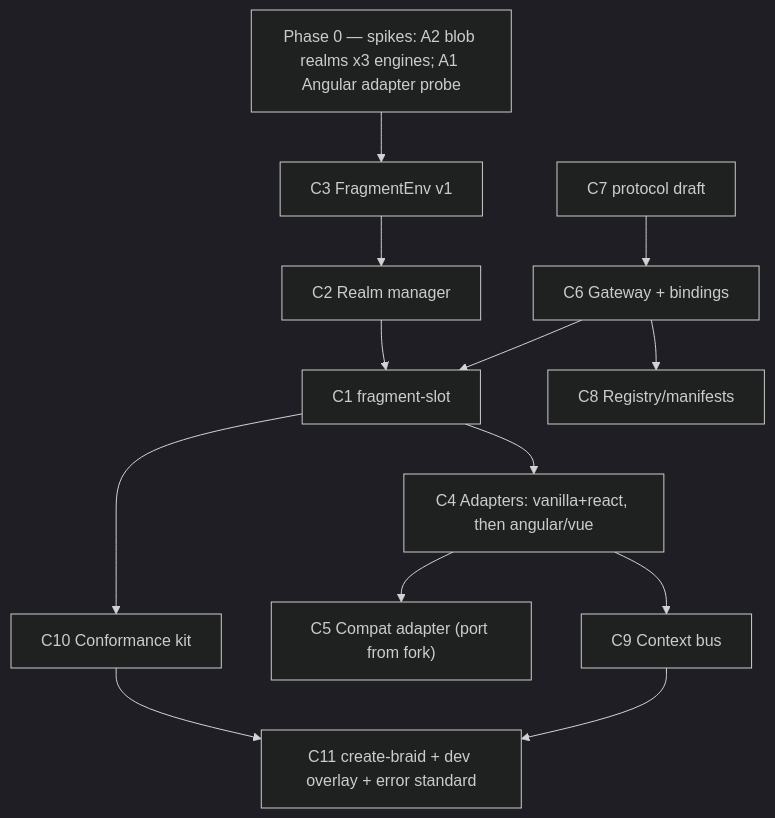
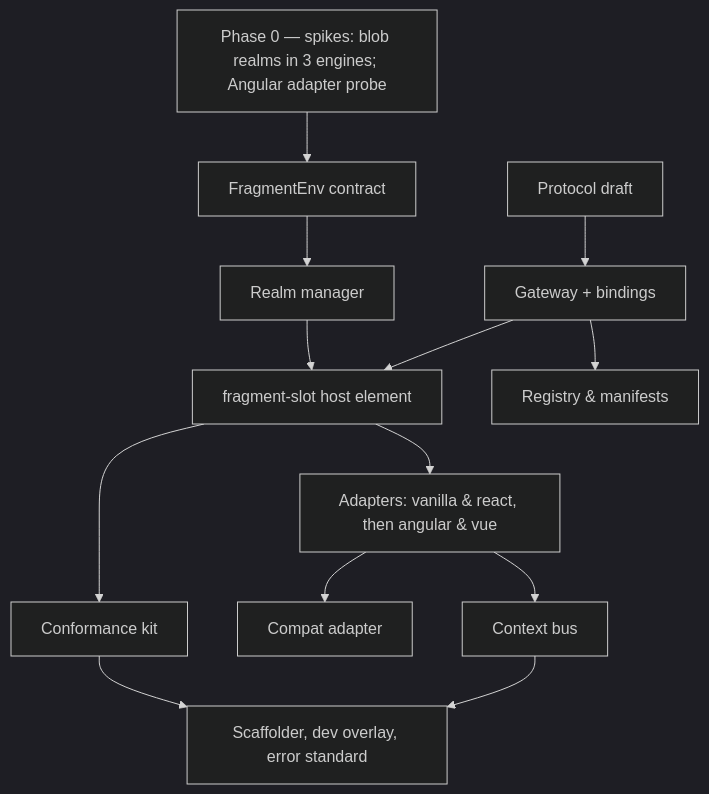
The fourth of 4 diagrams in docs/braid-architecture.md (Jefftopia/skew), drawn with Mermaid (dark theme) before and after one commit. The commit also changed other lines of this file and 75 other files, not shown here.

````diff
--- a/docs/braid-architecture.md
+++ b/docs/braid-architecture.md
@@ -697,23 +678,23 @@
 ```mermaid
 flowchart TD
-  P0["Phase 0 — spikes: A2 blob realms x3 engines; A1 Angular adapter probe"]
-  C7s["C7 protocol draft"]
-  C3b["C3 FragmentEnv v1"]
-  C2b["C2 Realm manager"]
-  C1b["C1 fragment-slot"]
-  C6b["C6 Gateway + bindings"]
-  C8b["C8 Registry/manifests"]
-  C4b["C4 Adapters: vanilla+react, then angular/vue"]
-  C9b["C9 Context bus"]
-  C5b["C5 Compat adapter (port from fork)"]
-  C10b["C10 Conformance kit"]
-  C11b["C11 create-braid + dev overlay + error standard"]
+  P0["Phase 0 — spikes: blob realms in 3 engines; Angular adapter probe"]
+  C7s["Protocol draft"]
+  C3b["FragmentEnv contract"]
+  C2b["Realm manager"]
+  C1b["fragment-slot host element"]
+  C6b["Gateway + bindings"]
+  C8b["Registry & manifests"]
+  C4b["Adapters: vanilla & react, then angular & vue"]
+  C9b["Context bus"]
+  C5b["Compat adapter"]
+  C10b["Conformance kit"]
+  C11b["Scaffolder, dev overlay, error standard"]
   P0 --> C3b --> C2b --> C1b
   C7s --> C6b --> C8b
   C1b --> C4b --> C9b
   C6b --> C1b
   C4b --> C5b
   C1b --> C10b
   C10b --> C11b
   C9b --> C11b
 ```
````
